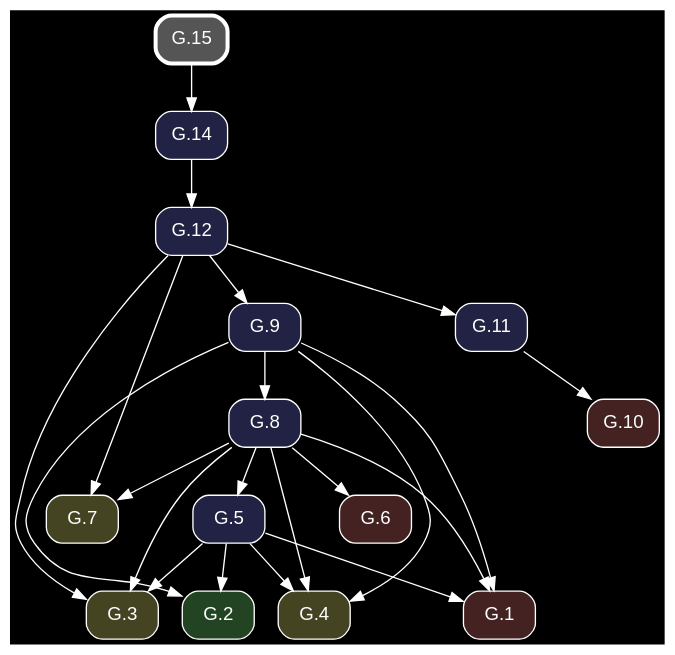
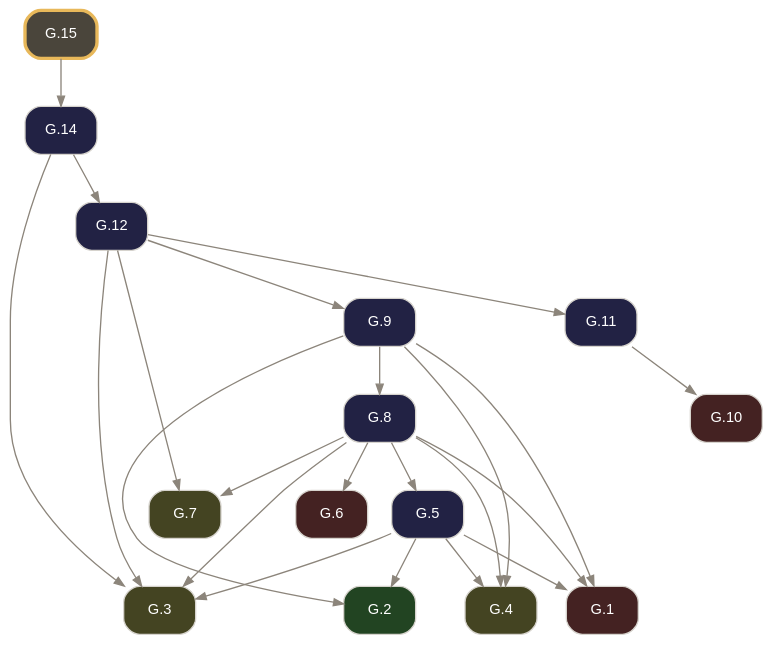
One commit to geometor/elements changed the diagram in docsrc/elements2/G.15/index.rst. Above: the diagram before and after it, drawn with Graphviz. The commit also changed other lines of this file and 261 other files, not shown here.

Commit message:
feat: rebuild Elements 2.0 G-Index pipeline from composed Euclid Heath edition (v0.3.0)

```diff
--- a/docsrc/elements2/G.15/index.rst
+++ b/docsrc/elements2/G.15/index.rst
@@ -67,43 +77,44 @@
 .. graphviz::
 
    digraph {
-     bgcolor="black";
-     node [shape=box, style="rounded,filled", fontname="Helvetica", color="white", fontcolor="white"];
-     edge [color="white", fontcolor="white"];
+     bgcolor="transparent";
+     node [shape=box, style="rounded,filled", fontname="Helvetica", fontsize=11, color="#d6d3cd", fontcolor="#ffffff"];
+     edge [color="#8c857b", fontcolor="#8c857b", arrowsize=0.75];
      rankdir="TB";
-     "G.12" [label="G.12", fillcolor="#222244", URL="/elements2/G.12/", target="_top"];
-     "G.14" [label="G.14", fillcolor="#222244", URL="/elements2/G.14/", target="_top"];
-     "G.6" [label="G.6", fillcolor="#442222", URL="/elements2/G.6/", target="_top"];
-     "G.8" [label="G.8", fillcolor="#222244", URL="/elements2/G.8/", target="_top"];
-     "G.9" [label="G.9", fillcolor="#222244", URL="/elements2/G.9/", target="_top"];
-     "G.7" [label="G.7", fillcolor="#444422", URL="/elements2/G.7/", target="_top"];
-     "G.10" [label="G.10", fillcolor="#442222", URL="/elements2/G.10/", target="_top"];
-     "G.3" [label="G.3", fillcolor="#444422", URL="/elements2/G.3/", target="_top"];
-     "G.15" [label="G.15", penwidth=3, color="white", fillcolor="#555555", URL="/elements2/G.15/", target="_top"];
-     "G.11" [label="G.11", fillcolor="#222244", URL="/elements2/G.11/", target="_top"];
-     "G.5" [label="G.5", fillcolor="#222244", URL="/elements2/G.5/", target="_top"];
-     "G.4" [label="G.4", fillcolor="#444422", URL="/elements2/G.4/", target="_top"];
-     "G.1" [label="G.1", fillcolor="#442222", URL="/elements2/G.1/", target="_top"];
-     "G.2" [label="G.2", fillcolor="#224422", URL="/elements2/G.2/", target="_top"];
-     "G.14" -> "G.12";
-     "G.15" -> "G.14";
-     "G.8" -> "G.6";
-     "G.9" -> "G.8";
-     "G.12" -> "G.9";
-     "G.8" -> "G.7";
-     "G.12" -> "G.7";
-     "G.11" -> "G.10";
-     "G.5" -> "G.3";
-     "G.8" -> "G.3";
-     "G.12" -> "G.3";
-     "G.12" -> "G.11";
-     "G.8" -> "G.5";
-     "G.5" -> "G.4";
-     "G.8" -> "G.4";
-     "G.9" -> "G.4";
+     "G.1" [label="G.1", tooltip="G.1 (I.cn.1)", fillcolor="#442222", URL="../G.1/index.html", target="_top"];
+     "G.2" [label="G.2", tooltip="G.2 (I.def.15)", fillcolor="#224422", URL="../G.2/index.html", target="_top"];
+     "G.3" [label="G.3", tooltip="G.3 (I.post.1)", fillcolor="#444422", URL="../G.3/index.html", target="_top"];
+     "G.4" [label="G.4", tooltip="G.4 (I.post.3)", fillcolor="#444422", URL="../G.4/index.html", target="_top"];
+     "G.5" [label="G.5", tooltip="G.5 (I.1)", fillcolor="#222244", URL="../G.5/index.html", target="_top"];
+     "G.6" [label="G.6", tooltip="G.6 (I.cn.3)", fillcolor="#442222", URL="../G.6/index.html", target="_top"];
+     "G.7" [label="G.7", tooltip="G.7 (I.post.2)", fillcolor="#444422", URL="../G.7/index.html", target="_top"];
+     "G.8" [label="G.8", tooltip="G.8 (I.2)", fillcolor="#222244", URL="../G.8/index.html", target="_top"];
+     "G.9" [label="G.9", tooltip="G.9 (I.3)", fillcolor="#222244", URL="../G.9/index.html", target="_top"];
+     "G.10" [label="G.10", tooltip="G.10 (I.cn.4)", fillcolor="#442222", URL="../G.10/index.html", target="_top"];
+     "G.11" [label="G.11", tooltip="G.11 (I.4)", fillcolor="#222244", URL="../G.11/index.html", target="_top"];
+     "G.12" [label="G.12", tooltip="G.12 (I.5)", fillcolor="#222244", URL="../G.12/index.html", target="_top"];
+     "G.14" [label="G.14", tooltip="G.14 (I.7)", fillcolor="#222244", URL="../G.14/index.html", target="_top"];
+     "G.15" [label="G.15", tooltip="G.15 (I.8)", penwidth=2.5, color="#e8b85a", fillcolor="#4a453b", URL="index.html", target="_top"];
      "G.5" -> "G.1";
      "G.8" -> "G.1";
      "G.9" -> "G.1";
      "G.5" -> "G.2";
      "G.9" -> "G.2";
+     "G.5" -> "G.3";
+     "G.8" -> "G.3";
+     "G.12" -> "G.3";
+     "G.14" -> "G.3";
+     "G.5" -> "G.4";
+     "G.8" -> "G.4";
+     "G.9" -> "G.4";
+     "G.8" -> "G.5";
+     "G.8" -> "G.6";
+     "G.8" -> "G.7";
+     "G.12" -> "G.7";
+     "G.9" -> "G.8";
+     "G.12" -> "G.9";
+     "G.11" -> "G.10";
+     "G.12" -> "G.11";
+     "G.14" -> "G.12";
+     "G.15" -> "G.14";
    }
```
